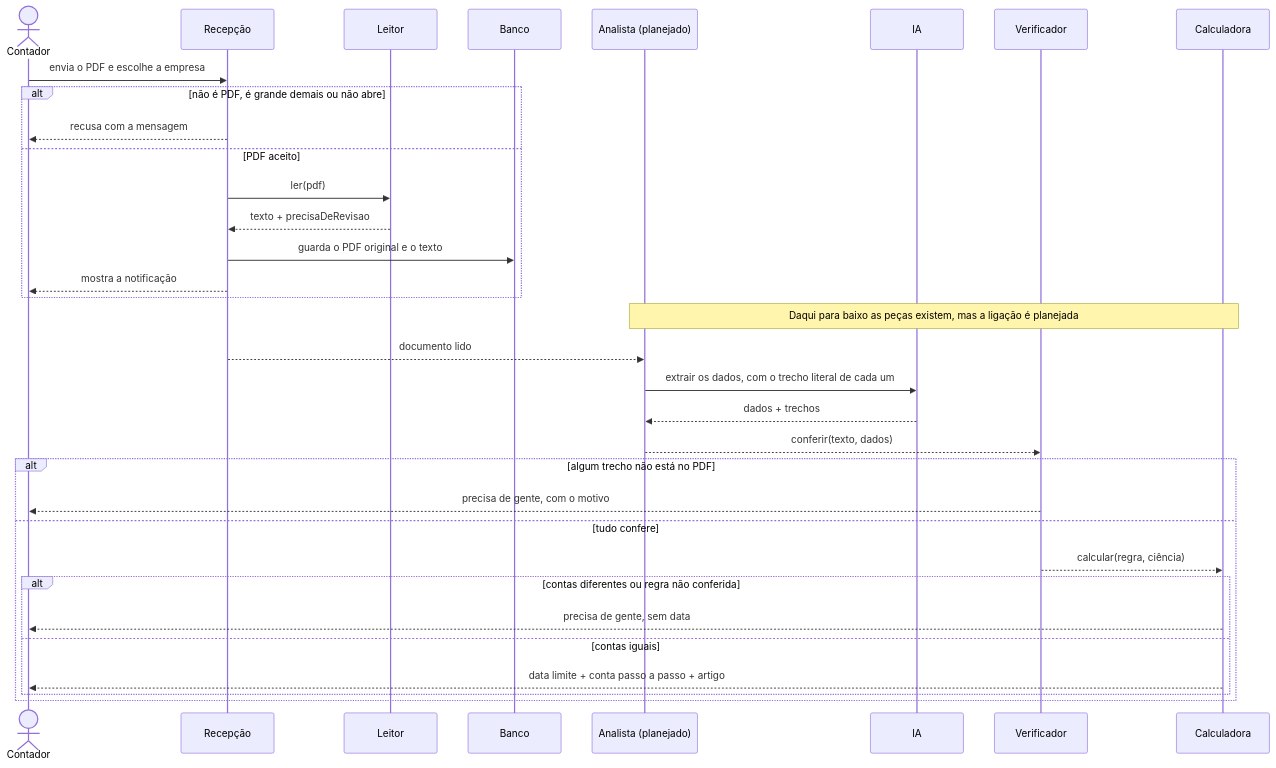
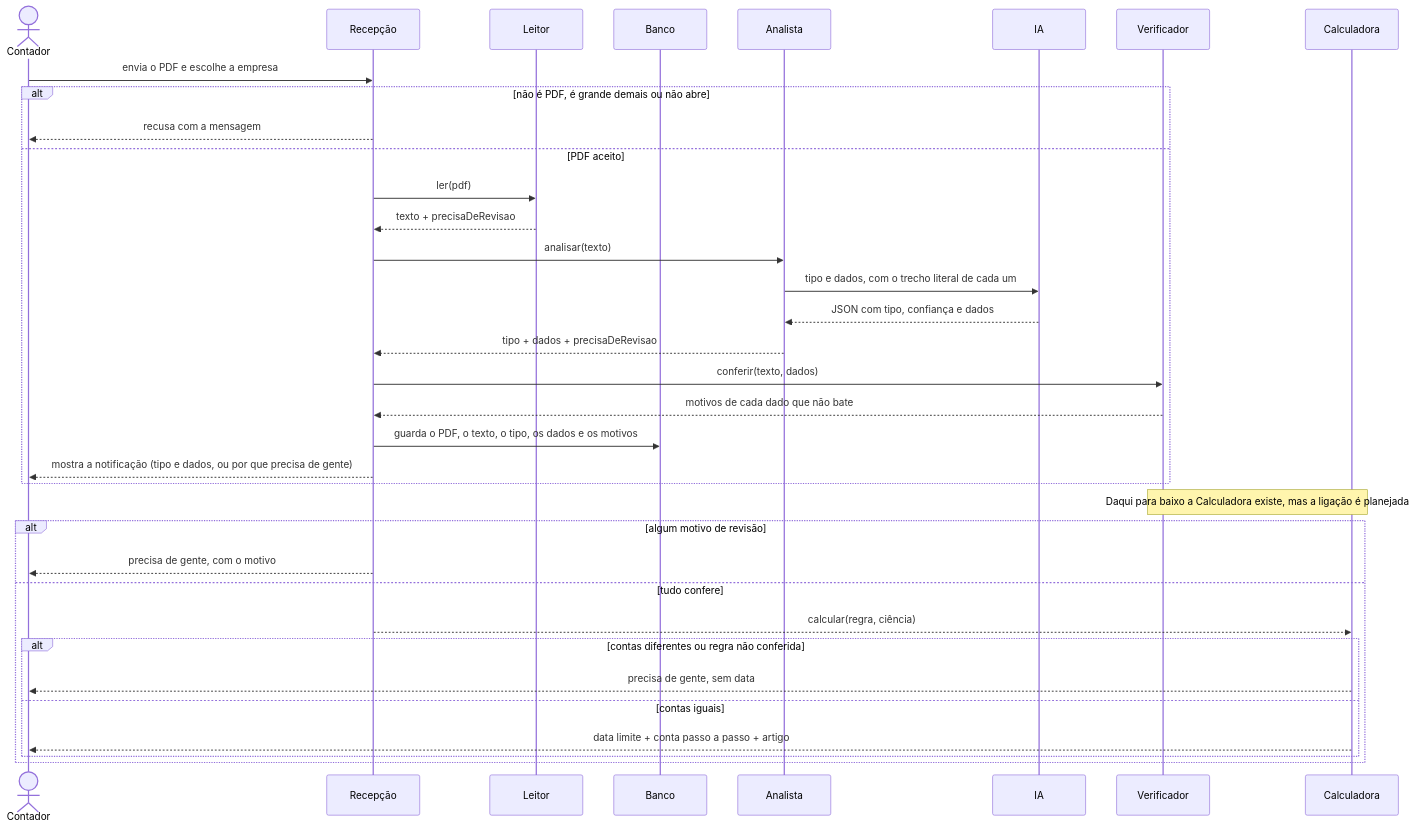
The fourth of 5 diagrams in docs/04-arquitetura/arquitetura.md (namtech-agents/atalaia), drawn with Mermaid before and after one commit. The commit also changed other lines of this file and 1 other file, not shown here.

Commit message:
docs: diagramas com o Analista ligado ao envio e a migração V3 (#142)

````diff
--- a/docs/04-arquitetura/arquitetura.md
+++ b/docs/04-arquitetura/arquitetura.md
@@ -197,38 +237,40 @@
 ```mermaid
 sequenceDiagram
     actor Contador
     participant Recepcao as Recepção
     participant Leitor
     participant Banco
-    participant Analista as Analista (planejado)
+    participant Analista
     participant IA
     participant Verificador
     participant Calculadora
 
     Contador->>Recepcao: envia o PDF e escolhe a empresa
     alt não é PDF, é grande demais ou não abre
         Recepcao-->>Contador: recusa com a mensagem
     else PDF aceito
         Recepcao->>Leitor: ler(pdf)
         Leitor-->>Recepcao: texto + precisaDeRevisao
-        Recepcao->>Banco: guarda o PDF original e o texto
-        Recepcao-->>Contador: mostra a notificação
+        Recepcao->>Analista: analisar(texto)
+        Analista->>IA: tipo e dados, com o trecho literal de cada um
+        IA-->>Analista: JSON com tipo, confiança e dados
+        Analista-->>Recepcao: tipo + dados + precisaDeRevisao
+        Recepcao->>Verificador: conferir(texto, dados)
+        Verificador-->>Recepcao: motivos de cada dado que não bate
+        Recepcao->>Banco: guarda o PDF, o texto, o tipo, os dados e os motivos
+        Recepcao-->>Contador: mostra a notificação (tipo e dados, ou por que precisa de gente)
     end
 
-    Note over Analista,Calculadora: Daqui para baixo as peças existem, mas a ligação é planejada
+    Note over Verificador,Calculadora: Daqui para baixo a Calculadora existe, mas a ligação é planejada
 
-    Recepcao-->>Analista: documento lido
-    Analista->>IA: extrair os dados, com o trecho literal de cada um
-    IA-->>Analista: dados + trechos
-    Analista-->>Verificador: conferir(texto, dados)
-    alt algum trecho não está no PDF
-        Verificador-->>Contador: precisa de gente, com o motivo
+    alt algum motivo de revisão
+        Recepcao-->>Contador: precisa de gente, com o motivo
     else tudo confere
-        Verificador-->>Calculadora: calcular(regra, ciência)
+        Recepcao-->>Calculadora: calcular(regra, ciência)
         alt contas diferentes ou regra não conferida
             Calculadora-->>Contador: precisa de gente, sem data
         else contas iguais
             Calculadora-->>Contador: data limite + conta passo a passo + artigo
         end
     end
 ```
````
